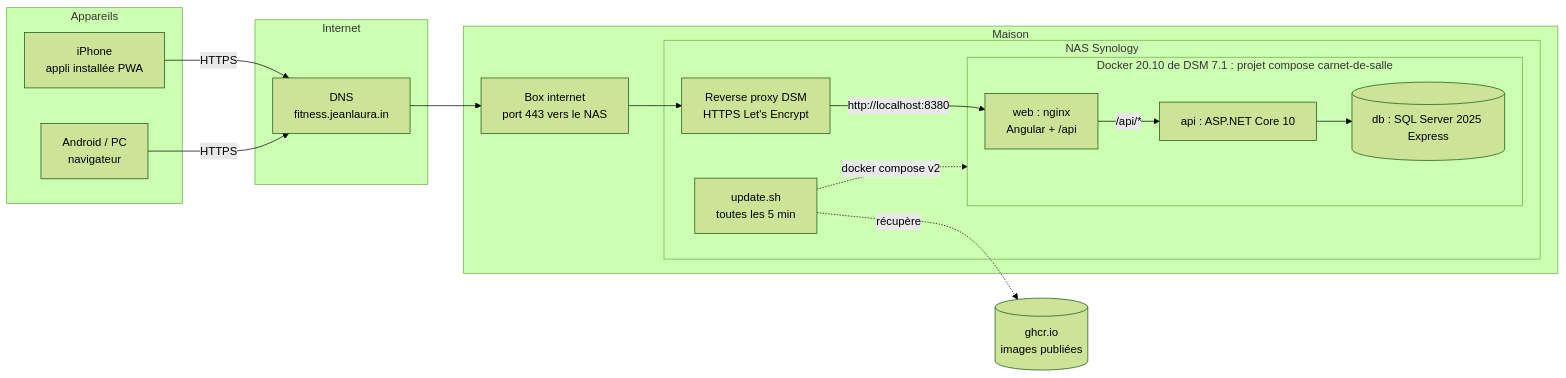
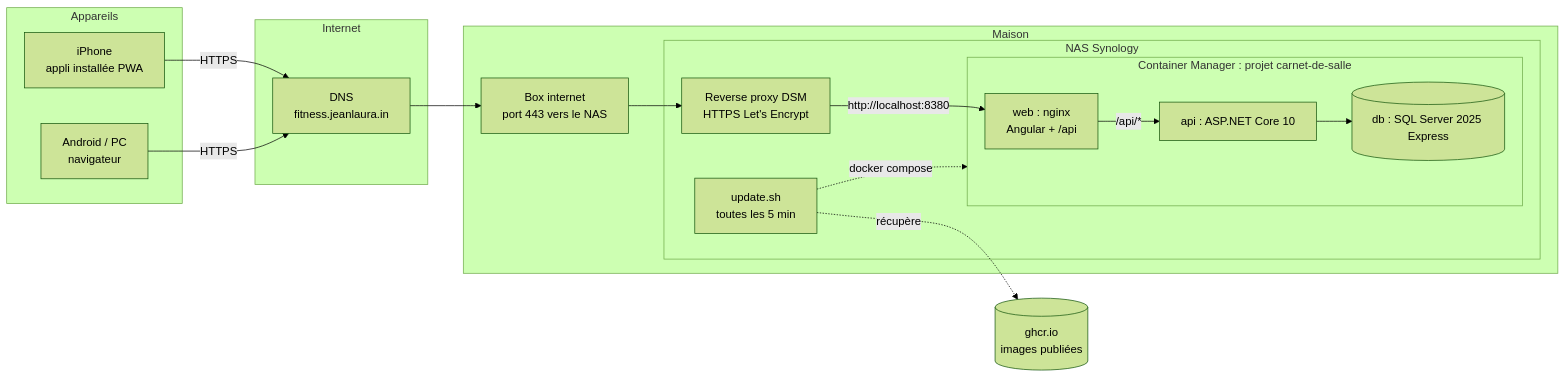
One commit to JeanLaurain/carnet-de-salle changed the first of 2 diagrams in docs/architecture.md. Above: the diagram before and after it, drawn with Mermaid (forest theme). The commit also changed other lines of this file and 12 other files, not shown here.

First line of the commit message:
deploy: retour à Container Manager (DSM 7.4), sans les contournements 7.1

````diff
--- a/docs/architecture.md
+++ b/docs/architecture.md
@@ -5,27 +5,27 @@
 ```mermaid
 flowchart LR
     subgraph Appareils
       I[iPhone<br/>appli installée PWA]
       A[Android / PC<br/>navigateur]
     end
     subgraph Internet
       DNS[DNS<br/>fitness.jeanlaura.in]
     end
     subgraph Maison
       BOX[Box internet<br/>port 443 vers le NAS]
       subgraph NAS[NAS Synology]
         RP[Reverse proxy DSM<br/>HTTPS Let's Encrypt]
-        subgraph Docker[Docker 20.10 de DSM 7.1 : projet compose carnet-de-salle]
+        subgraph Docker[Container Manager : projet carnet-de-salle]
           WEB[web : nginx<br/>Angular + /api]
           API[api : ASP.NET Core 10]
           DB[(db : SQL Server 2025 Express)]
         end
         UPD[update.sh<br/>toutes les 5 min]
       end
     end
     GHCR[(ghcr.io<br/>images publiées)]
     I & A -->|HTTPS| DNS --> BOX --> RP -->|http://localhost:8380| WEB
     WEB -->|/api/*| API --> DB
-    UPD -.->|docker compose v2| Docker
+    UPD -.->|docker compose| Docker
     UPD -.->|récupère| GHCR
 ```
````
